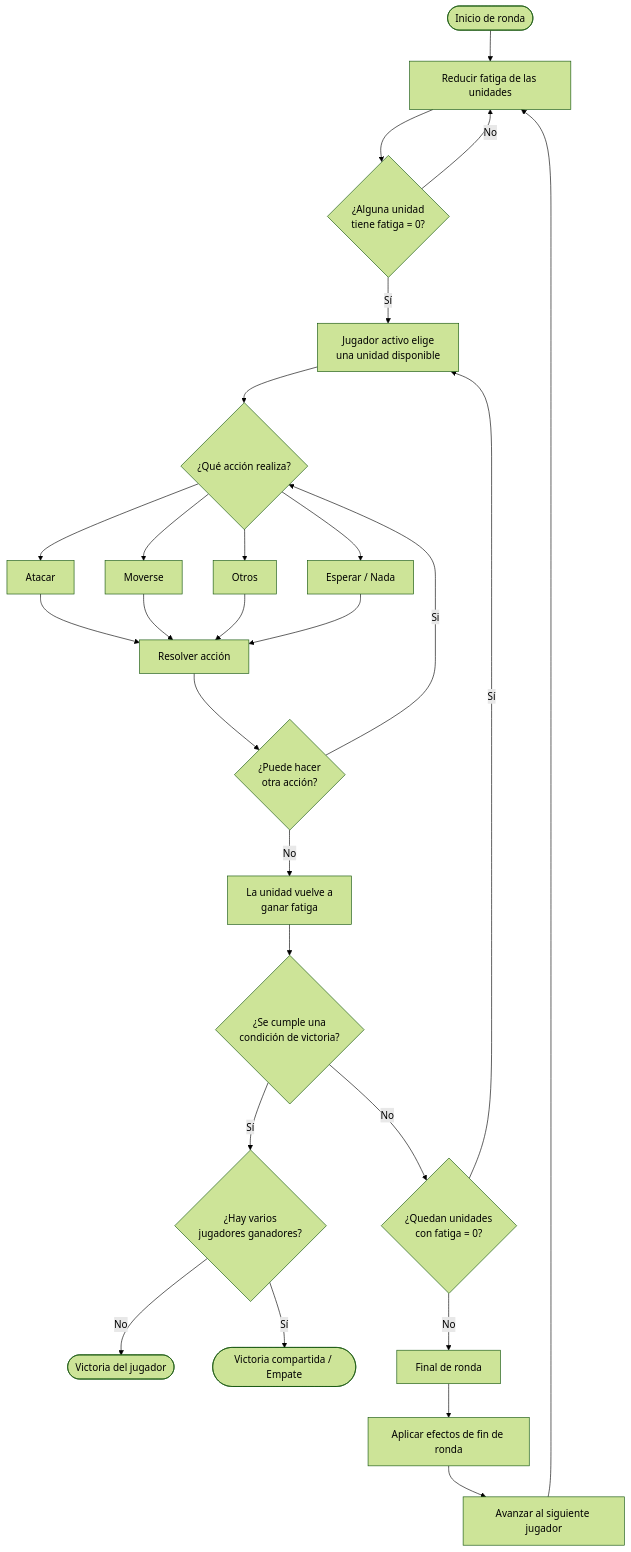
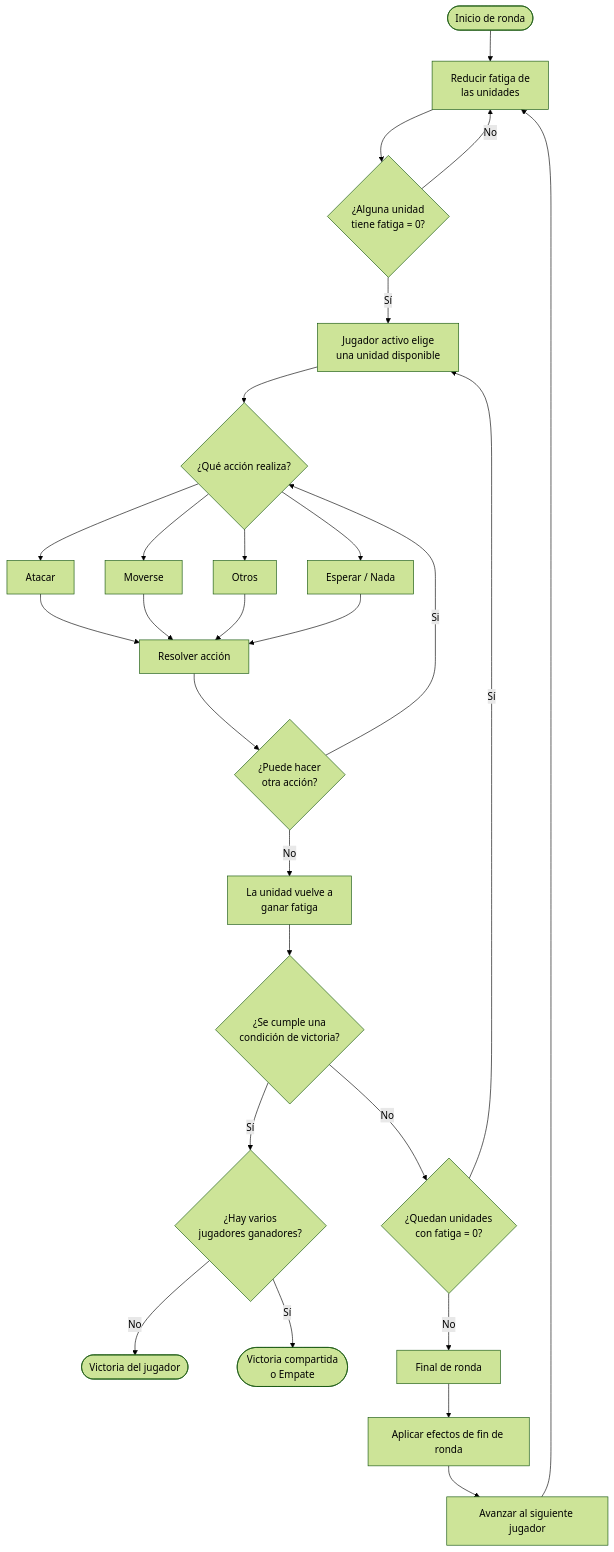
Before and after one commit to gridstudiofficial/gridstudiofficial.github.io: the third of 9 diagrams in public/gdd/GDD.md, drawn with Mermaid (forest theme). The commit also changed other lines of this file, not shown here.

Commit message:
Update and expand controls, code and diagrams for Mecánicas

````diff
--- a/public/gdd/GDD.md
+++ b/public/gdd/GDD.md
@@ -268,22 +272,22 @@
 ```mermaid
 flowchart TB
-    START(["Inicio de ronda"]) --> B["Reducir fatiga de las unidades"]
+    START(["Inicio de ronda"]) --> B["Reducir fatiga de<br>las unidades"]
     B --> C{"¿Alguna unidad<br>tiene fatiga = 0?"}
     C -- No --> B
     C -- Sí --> D["Jugador activo elige<br>una unidad disponible"]
     D --> WHAT_ACTION?{"¿Qué acción realiza?"}
     WHAT_ACTION? --> ATTACK["Atacar"] & MOVE["Moverse"] & OTHER["Otros"] & WAIT["Esperar / Nada"] --> SOLVE_ACTION["Resolver acción"]
     SOLVE_ACTION --> OTHER_ACTION?{"¿Puede hacer<br>otra acción?"}
     OTHER_ACTION? -- No --> GAIN_FATIGUE["La unidad vuelve a<br>ganar fatiga"]
     OTHER_ACTION? -- Si --> WHAT_ACTION?
     GAIN_FATIGUE --> L{"¿Se cumple una<br>condición de victoria?"}
     L -- Sí --> M{"¿Hay varios<br>jugadores ganadores?"}
     M -- No --> N(["Victoria del jugador"])
-    M -- Sí --> O(["Victoria compartida / Empate"])
+    M -- Sí --> O(["Victoria compartida<br>o Empate"])
     L -- No --> P{"¿Quedan unidades<br>con fatiga = 0?"}
     P -- Sí --> D
     P -- No --> Q["Final de ronda"]
     Q --> R["Aplicar efectos de fin de ronda"]
     R --> S["Avanzar al siguiente jugador"]
     S --> B
 ```
````
